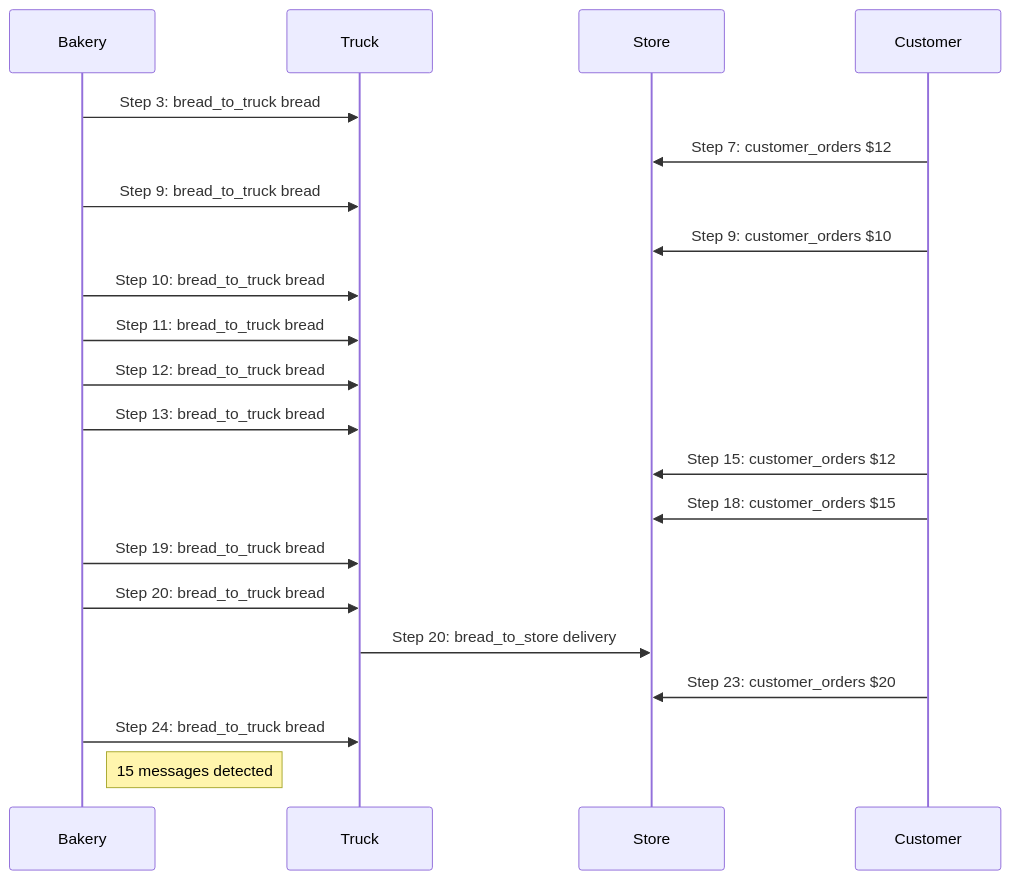
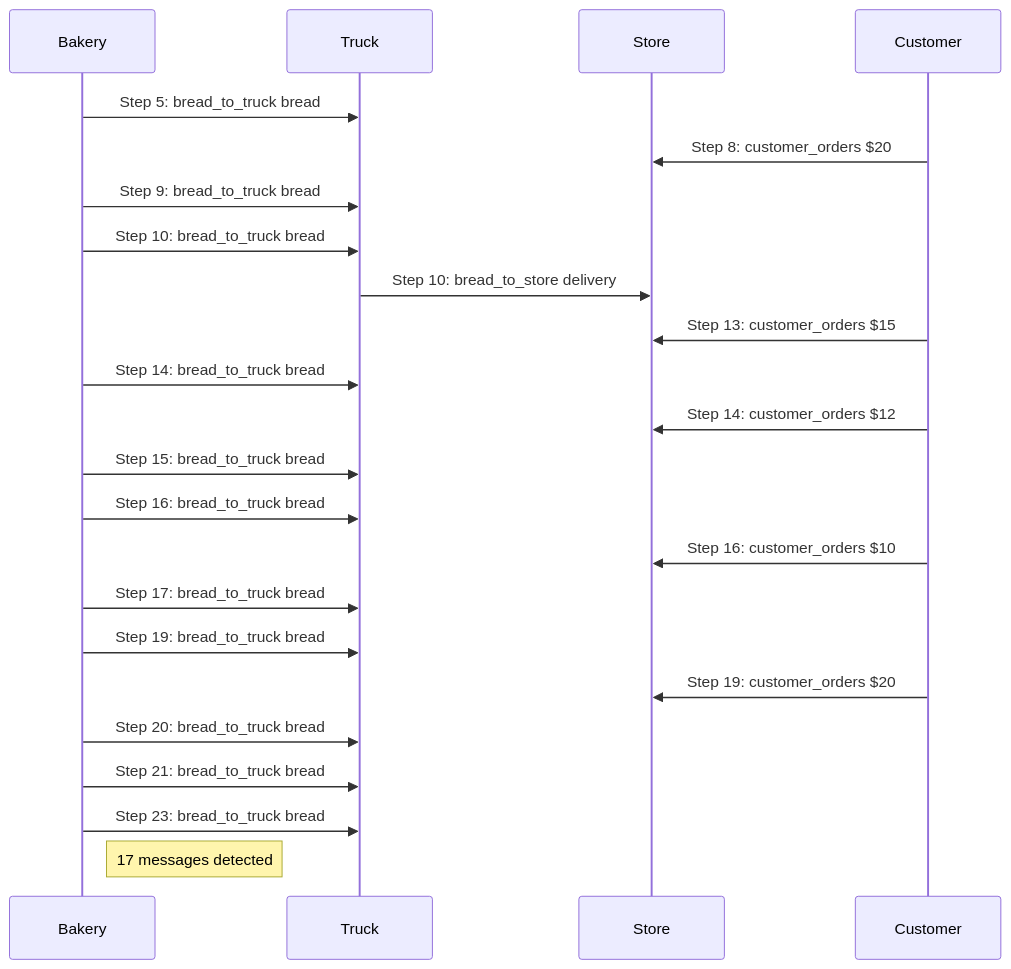
The second of 3 diagrams in z3/run.md (rfielding/ctl), drawn with Mermaid before and after one commit. The commit also changed other lines of this file and 1 other file, not shown here.

Commit message:
we need a schedule so that trucks populate the store before customers come in

````diff
--- a/z3/run.md
+++ b/z3/run.md
@@ -414,24 +408,26 @@
 ```mermaid
 sequenceDiagram
     participant Bakery
     participant Truck
     participant Store
     participant Customer
 
-    Bakery->>Truck: Step 3: bread_to_truck bread
-    Customer->>Store: Step 7: customer_orders $12
+    Bakery->>Truck: Step 5: bread_to_truck bread
+    Customer->>Store: Step 8: customer_orders $20
     Bakery->>Truck: Step 9: bread_to_truck bread
-    Customer->>Store: Step 9: customer_orders $10
     Bakery->>Truck: Step 10: bread_to_truck bread
-    Bakery->>Truck: Step 11: bread_to_truck bread
-    Bakery->>Truck: Step 12: bread_to_truck bread
-    Bakery->>Truck: Step 13: bread_to_truck bread
-    Customer->>Store: Step 15: customer_orders $12
-    Customer->>Store: Step 18: customer_orders $15
+    Truck->>Store: Step 10: bread_to_store delivery
+    Customer->>Store: Step 13: customer_orders $15
+    Bakery->>Truck: Step 14: bread_to_truck bread
+    Customer->>Store: Step 14: customer_orders $12
+    Bakery->>Truck: Step 15: bread_to_truck bread
+    Bakery->>Truck: Step 16: bread_to_truck bread
+    Customer->>Store: Step 16: customer_orders $10
+    Bakery->>Truck: Step 17: bread_to_truck bread
     Bakery->>Truck: Step 19: bread_to_truck bread
+    Customer->>Store: Step 19: customer_orders $20
     Bakery->>Truck: Step 20: bread_to_truck bread
-    Truck->>Store: Step 20: bread_to_store delivery
-    Customer->>Store: Step 23: customer_orders $20
-    Bakery->>Truck: Step 24: bread_to_truck bread
-    Note right of Bakery: 15 messages detected
+    Bakery->>Truck: Step 21: bread_to_truck bread
+    Bakery->>Truck: Step 23: bread_to_truck bread
+    Note right of Bakery: 17 messages detected
 ```
````
